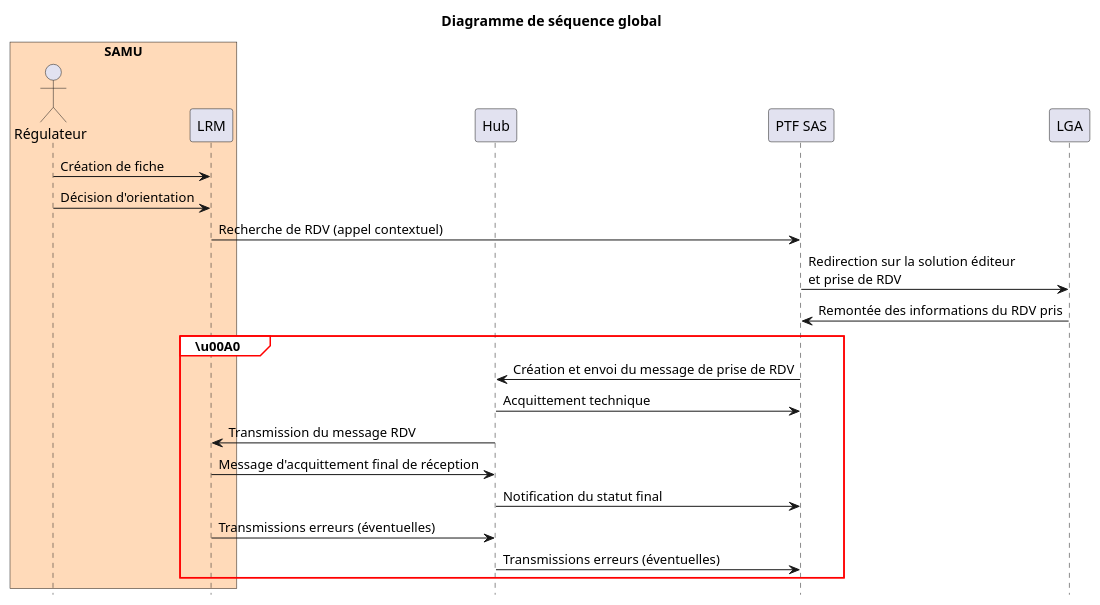
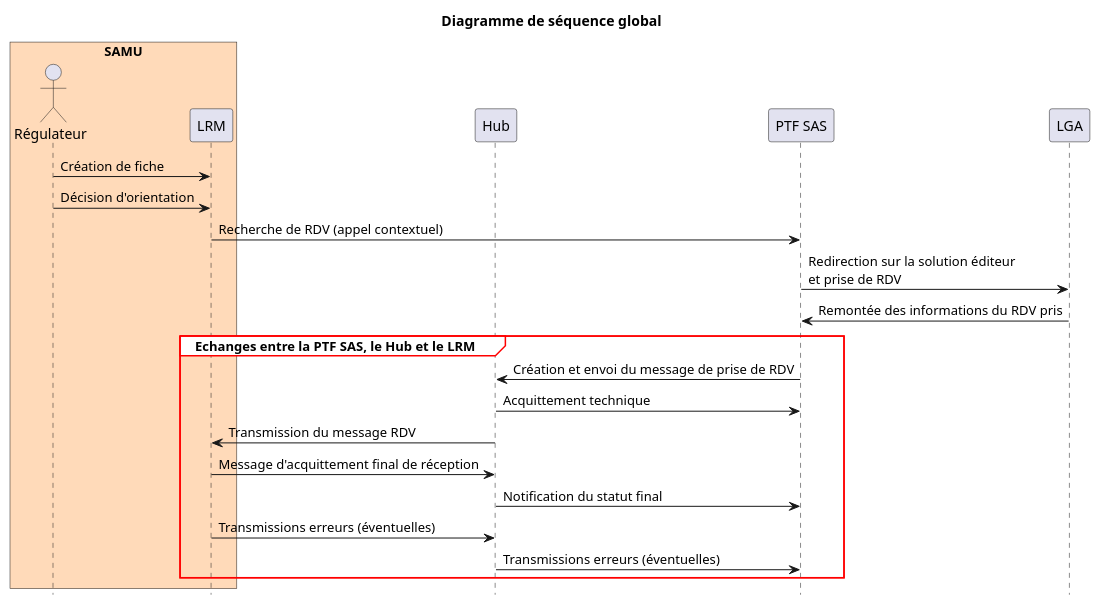
Before and after one commit to ansforge/IG-fhir-service-acces-aux-soins: the second of 2 diagrams in input/images-source/diagramme_sequence_hub.plantuml, drawn with PlantUML. The commit also changed 3 other files, not shown here.

```diff
--- a/input/images-source/diagramme_sequence_hub.plantuml
+++ b/input/images-source/diagramme_sequence_hub.plantuml
@@ -38,37 +38,36 @@
 @startuml
 title Diagramme de séquence global
 
 hide footbox
 
 box "SAMU" #PeachPuff
   actor "Régulateur" as SAMU
   participant LRM
 end box
 
 participant Hub
 participant "PTF SAS" as PTF
 participant LGA
 
 SAMU -> LRM : Création de fiche
 SAMU -> LRM : Décision d'orientation
 LRM -> PTF : Recherche de RDV (appel contextuel)
 PTF -> LGA : Redirection sur la solution éditeur\net prise de RDV
 LGA -> PTF : Remontée des informations du RDV pris
 
 skinparam sequence {
     GroupBorderColor red
     GroupBackgroundColor white
 }
 
-' Encadré sans titre visible
-group \u00A0
+group Echanges entre la PTF SAS, le Hub et le LRM
   PTF -> Hub : Création et envoi du message de prise de RDV
   Hub -> PTF : Acquittement technique
   Hub -> LRM : Transmission du message RDV
   LRM -> Hub : Message d'acquittement final de réception
   Hub -> PTF : Notification du statut final
   LRM -> Hub : Transmissions erreurs (éventuelles)
   Hub -> PTF : Transmissions erreurs (éventuelles)
 end
 
 @enduml
```
